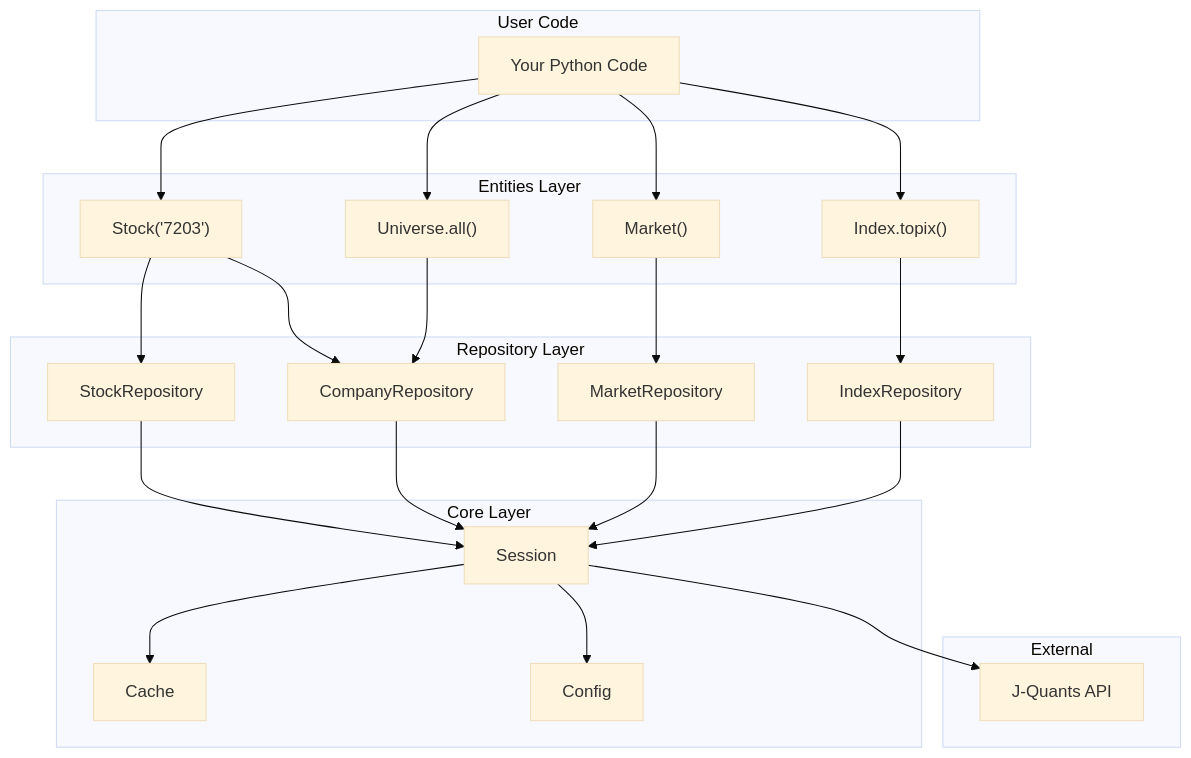
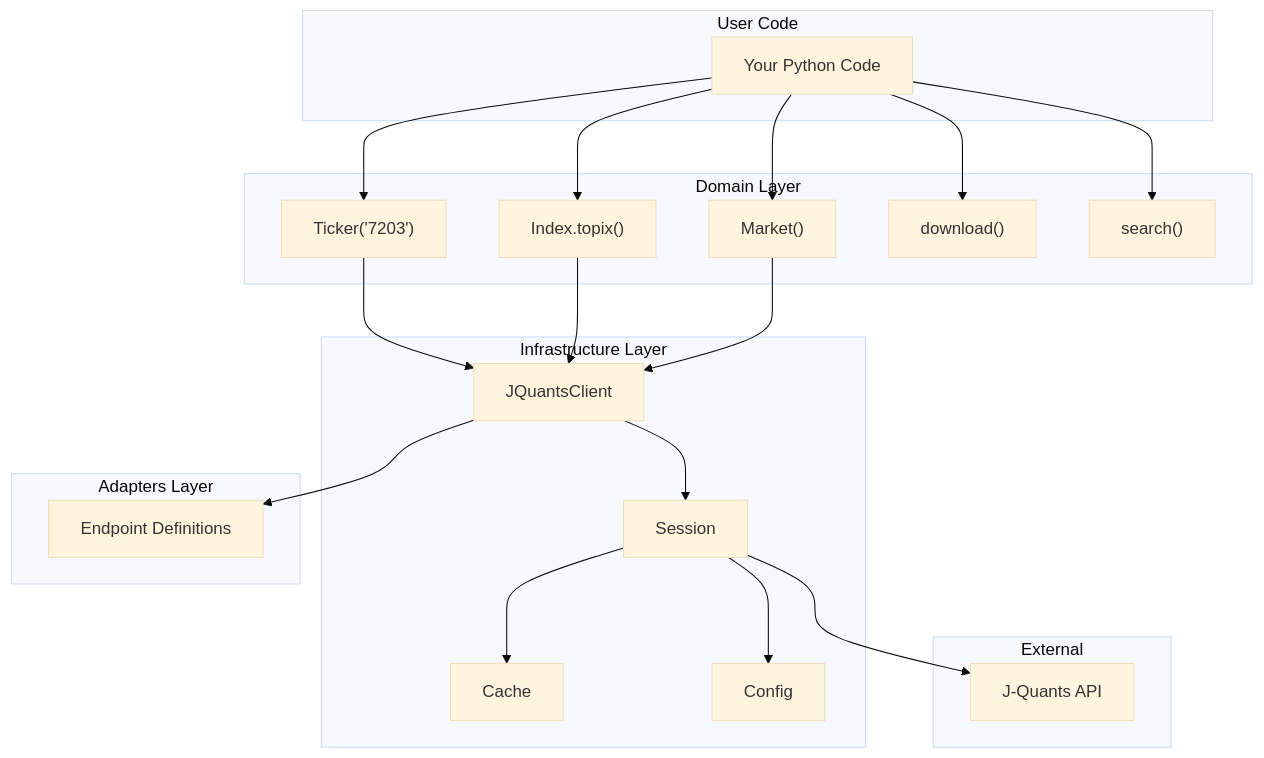
Before and after one commit to obichan117/pyjquants: the first of 3 diagrams in docs/architecture.md, drawn with Mermaid (base theme). The commit also changed other lines of this file and 81 other files, not shown here.

First line of the commit message:
refactor: Migrate to clean domain-driven architecture

````diff
--- a/docs/architecture.md
+++ b/docs/architecture.md
@@ -7,41 +7,37 @@
 ```mermaid
 flowchart TB
     subgraph User["User Code"]
         UC[Your Python Code]
     end
 
-    subgraph Entities["Entities Layer"]
-        Stock["Stock('7203')"]
+    subgraph Domain["Domain Layer"]
+        Ticker["Ticker('7203')"]
         Index["Index.topix()"]
         Market["Market()"]
-        Universe["Universe.all()"]
+        Download["download()"]
+        Search["search()"]
     end
 
-    subgraph Repos["Repository Layer"]
-        StockRepo[StockRepository]
-        CompanyRepo[CompanyRepository]
-        MarketRepo[MarketRepository]
-        IndexRepo[IndexRepository]
-    end
-
-    subgraph Core["Core Layer"]
+    subgraph Infra["Infrastructure Layer"]
+        Client[JQuantsClient]
         Session[Session]
         Cache[Cache]
         Config[Config]
+    end
+
+    subgraph Adapters["Adapters Layer"]
+        Endpoints[Endpoint Definitions]
     end
 
     subgraph External["External"]
         API["J-Quants API"]
     end
 
-    UC --> Stock & Index & Market & Universe
-    Stock --> StockRepo & CompanyRepo
-    Index --> IndexRepo
-    Market --> MarketRepo
-    Universe --> CompanyRepo
-
-    StockRepo & CompanyRepo & MarketRepo & IndexRepo --> Session
+    UC --> Ticker & Index & Market & Download & Search
+    Ticker & Index & Market --> Client
+    Client --> Endpoints
+    Client --> Session
     Session --> Cache
     Session --> Config
     Session --> API
 ```
````
